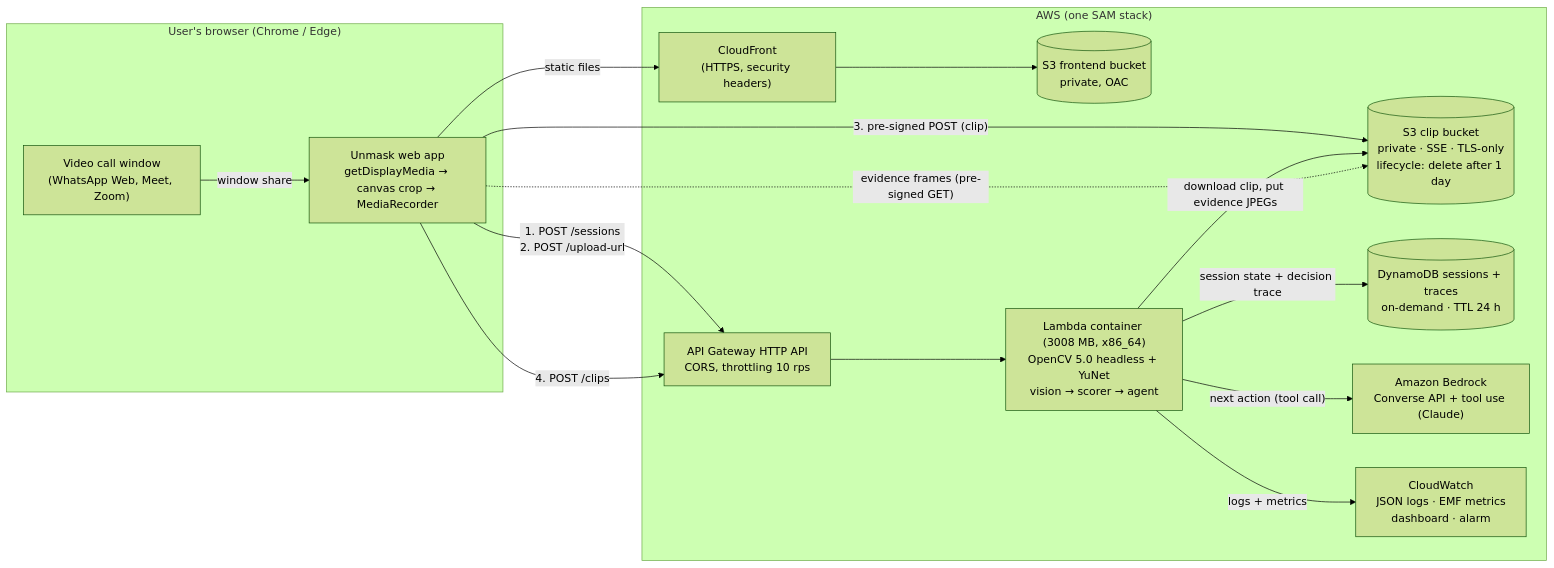
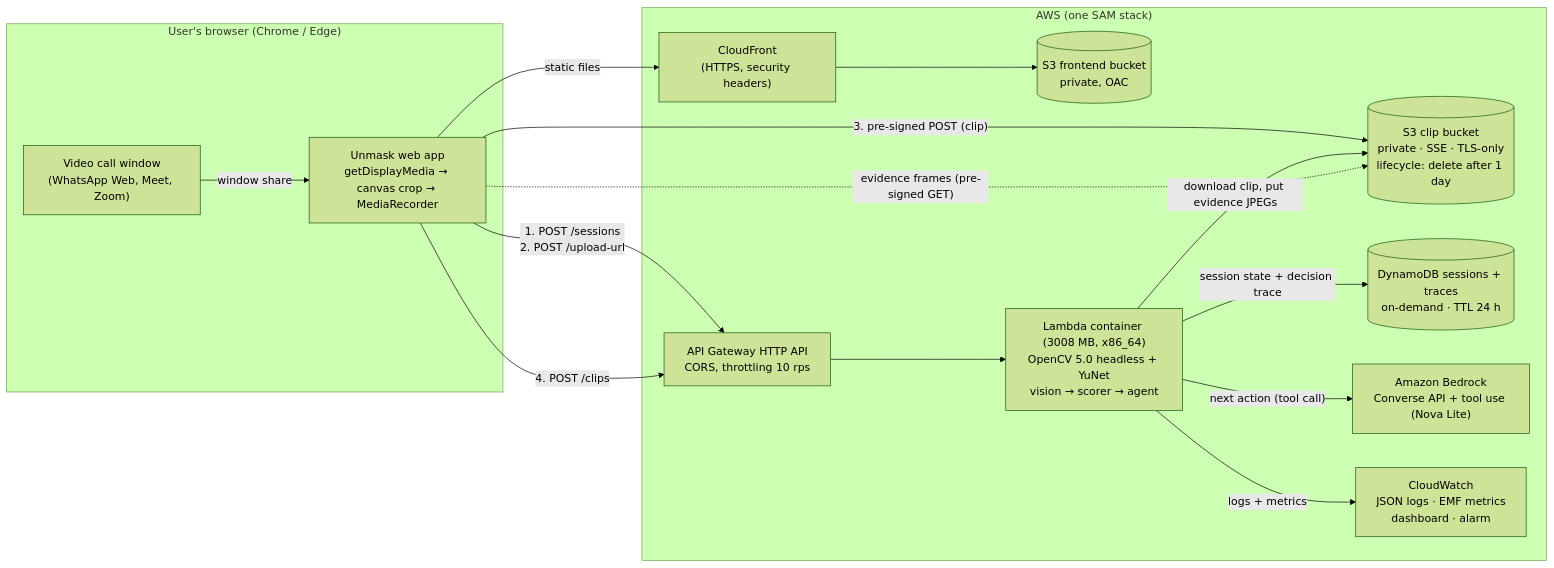
One commit to breakthrough-child/unmask changed the diagram in docs/diagrams/architecture.mmd. Above: the diagram before and after it, drawn with Mermaid (forest theme). The commit also changed 17 other files, not shown here.

First line of the commit message:
Agent on Amazon Bedrock Nova Lite (eu-north-1), Nova-shaped Converse requests, mocked Nova tests

```diff
--- a/docs/diagrams/architecture.mmd
+++ b/docs/diagrams/architecture.mmd
@@ -1,27 +1,27 @@
 flowchart LR
   subgraph Browser["User's browser (Chrome / Edge)"]
     Call["Video call window<br/>(WhatsApp Web, Meet, Zoom)"]
     UI["Unmask web app<br/>getDisplayMedia → canvas crop → MediaRecorder"]
     Call -- "window share" --> UI
   end
 
   subgraph AWS["AWS (one SAM stack)"]
     CF["CloudFront<br/>(HTTPS, security headers)"]
     FE[("S3 frontend bucket<br/>private, OAC")]
     APIGW["API Gateway HTTP API<br/>CORS, throttling 10 rps"]
     L["Lambda container (3008 MB, x86_64)<br/>OpenCV 5.0 headless + YuNet<br/>vision → scorer → agent"]
     S3[("S3 clip bucket<br/>private · SSE · TLS-only<br/>lifecycle: delete after 1 day")]
     DDB[("DynamoDB sessions + traces<br/>on-demand · TTL 24 h")]
-    BR["Amazon Bedrock<br/>Converse API + tool use (Claude)"]
+    BR["Amazon Bedrock<br/>Converse API + tool use (Nova Lite)"]
     CW["CloudWatch<br/>JSON logs · EMF metrics<br/>dashboard · alarm"]
   end
 
   UI -- "static files" --> CF --> FE
   UI -- "1. POST /sessions<br/>2. POST /upload-url" --> APIGW
   UI -- "3. pre-signed POST (clip)" --> S3
   UI -- "4. POST /clips" --> APIGW --> L
   L -- "download clip, put evidence JPEGs" --> S3
   L -- "session state + decision trace" --> DDB
   L -- "next action (tool call)" --> BR
   L -- "logs + metrics" --> CW
   UI -. "evidence frames (pre-signed GET)" .-> S3
```
